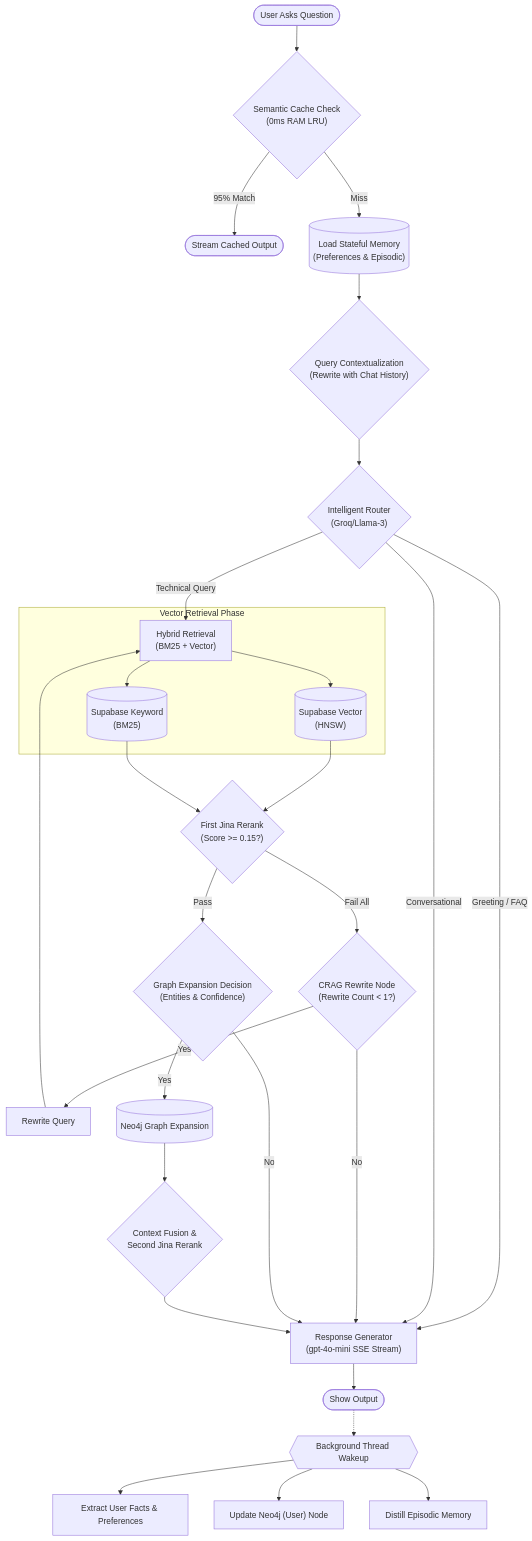
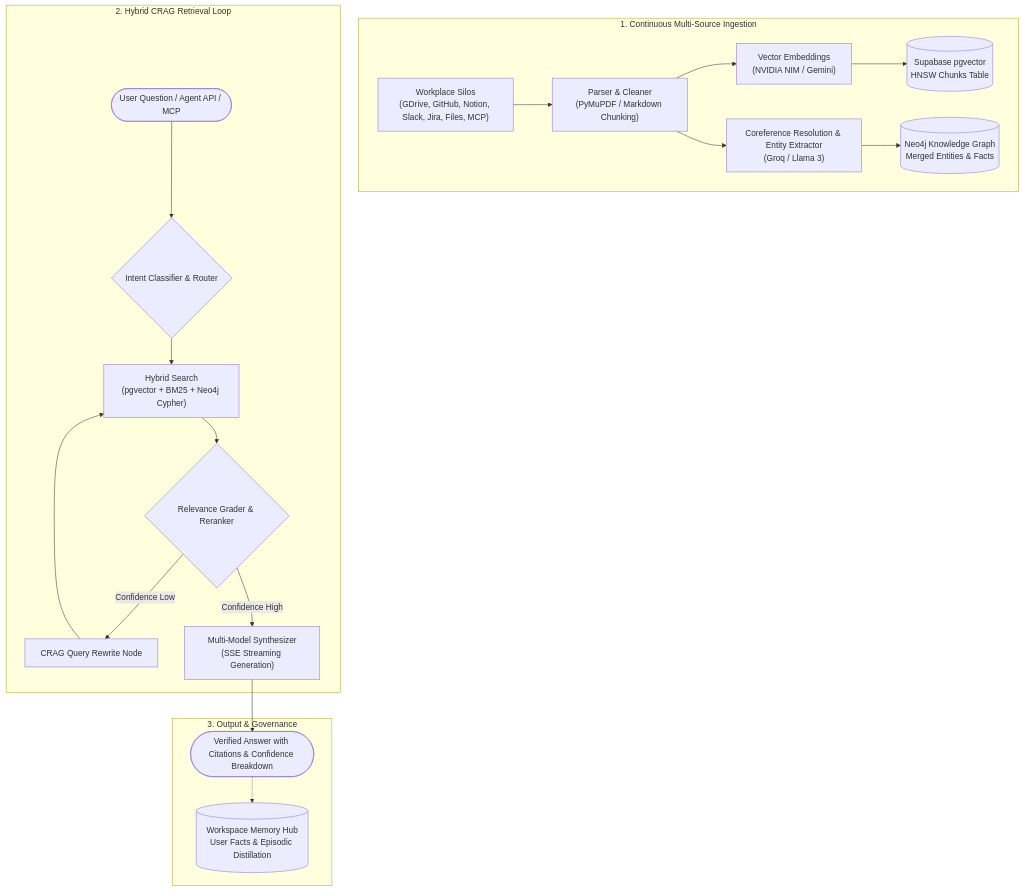
The diagram in README.md (niteshkumarvarma30/CognitRAG.ai), drawn with Mermaid before and after one commit. The commit also changed other lines of this file, not shown here.

Commit message:
docs: rewrite README for CognitRAG Company Brain, GraphRAG, Connectors, and MCP architecture

````diff
--- a/README.md
+++ b/README.md
@@ -31,49 +23,28 @@
 ```mermaid
-graph TD
-    Start([User Asks Question]) --> CacheCheck{"Semantic Cache Check<br/>(0ms RAM LRU)"}
-    
-    %% Cache Hit
-    CacheCheck -->|95% Match| StreamCache(["Stream Cached Output"])
-    
-    %% Cache Miss
-    CacheCheck -->|Miss| MemLoad[("Load Stateful Memory<br/>(Preferences & Episodic)")]
-    MemLoad --> Contextualize{"Query Contextualization<br/>(Rewrite with Chat History)"}
-    
-    Contextualize --> Router{"Intelligent Router<br/>(Groq/Llama-3)"}
-    
-    %% Routing
-    Router -->|Greeting / FAQ| StreamGen["Response Generator<br/>(gpt-4o-mini SSE Stream)"]
-    Router -->|Conversational| StreamGen
-    Router -->|Technical Query| HybridSearch["Hybrid Retrieval<br/>(BM25 + Vector)"]
-    
-    %% Retrieval
-    subgraph Vector Retrieval Phase
-        HybridSearch --> VS[("Supabase Vector<br/>(HNSW)")]
-        HybridSearch --> KS[("Supabase Keyword<br/>(BM25)")]
+flowchart TD
+    subgraph Ingestion["1. Continuous Multi-Source Ingestion"]
+        Silos["Workplace Silos<br/>(GDrive, GitHub, Notion, Slack, Jira, Files, MCP)"]
+        Parser["Parser & Cleaner<br/>(PyMuPDF / Markdown Chunking)"]
+        Silos --> Parser
+        Parser --> Embed["Vector Embeddings<br/>(NVIDIA NIM / Gemini)"]
+        Parser --> Coref["Coreference Resolution & Entity Extractor<br/>(Groq / Llama 3)"]
+        Embed --> VectorDB[("Supabase pgvector<br/>HNSW Chunks Table")]
+        Coref --> GraphDB[("Neo4j Knowledge Graph<br/>Merged Entities & Facts")]
     end
-    
-    %% First Rerank
-    VS & KS --> Grader{"First Jina Rerank<br/>(Score >= 0.15?)"}
-    
-    %% CRAG
-    Grader -->|Fail All| CRAG{"CRAG Rewrite Node<br/>(Rewrite Count < 1?)"}
-    CRAG -->|Yes| RewriteLLM["Rewrite Query"]
-    RewriteLLM --> HybridSearch
-    CRAG -->|No| StreamGen
-    
-    %% Graph Expansion
-    Grader -->|Pass| GraphDecision{"Graph Expansion Decision<br/>(Entities & Confidence)"}
-    GraphDecision -->|No| StreamGen
-    GraphDecision -->|Yes| GraphExpand[("Neo4j Graph Expansion")]
-    
-    %% Fusion & Second Rerank
-    GraphExpand --> Fuse{"Context Fusion &<br/>Second Jina Rerank"}
-    Fuse --> StreamGen
-    
-    %% Background Extraction
-    StreamGen --> Output([Show Output])
-    Output -.-> BackgroundExec{{"Background Thread Wakeup"}}
-    BackgroundExec --> ExtractFacts["Extract User Facts & Preferences"]
-    BackgroundExec --> UpdateGraph["Update Neo4j (User) Node"]
-    BackgroundExec --> DistillMem["Distill Episodic Memory"]
+
+    subgraph Retrieval["2. Hybrid CRAG Retrieval Loop"]
+        Query([User Question / Agent API / MCP])
+        Router{"Intent Classifier & Router"}
+        Query --> Router
+        Router --> Hybrid["Hybrid Search<br/>(pgvector + BM25 + Neo4j Cypher)"]
+        Hybrid --> Grader{"Relevance Grader & Reranker"}
+        Grader -->|Confidence Low| Rewrite["CRAG Query Rewrite Node"]
+        Rewrite --> Hybrid
+        Grader -->|Confidence High| Synthesizer["Multi-Model Synthesizer<br/>(SSE Streaming Generation)"]
+    end
+
+    subgraph OutputLayer["3. Output & Governance"]
+        Synthesizer --> LiveAnswer([Verified Answer with Citations & Confidence Breakdown])
+        LiveAnswer -.-> MemoryHub[("Workspace Memory Hub<br/>User Facts & Episodic Distillation")]
+    end
 ```
````
